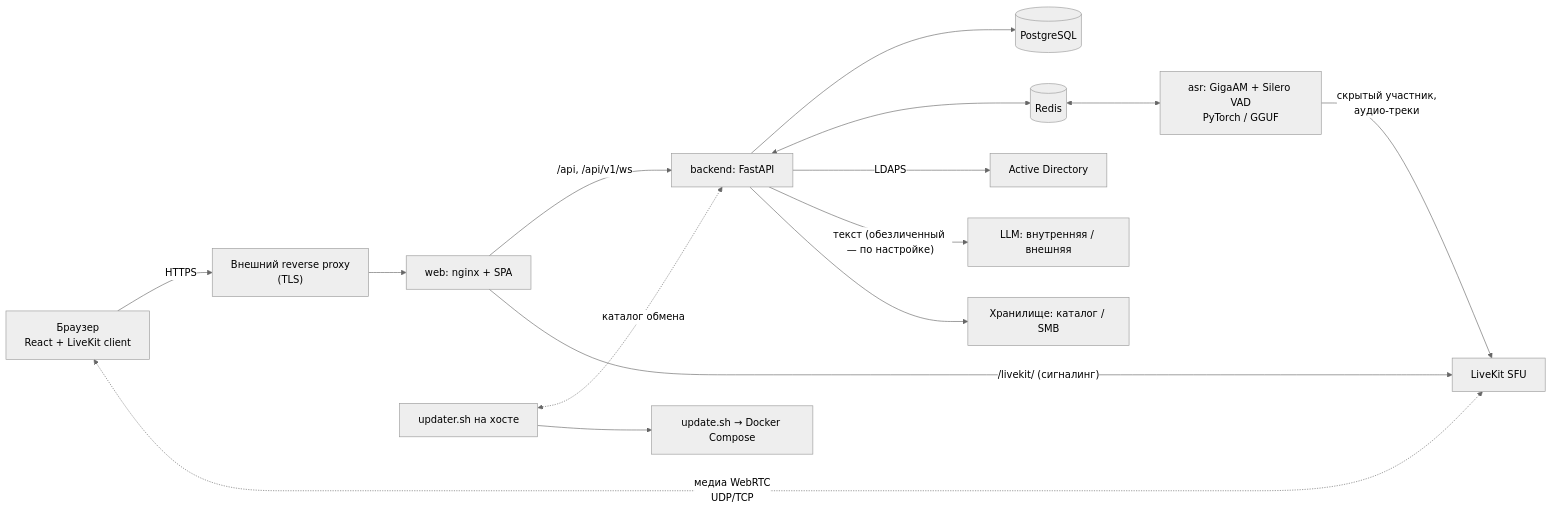
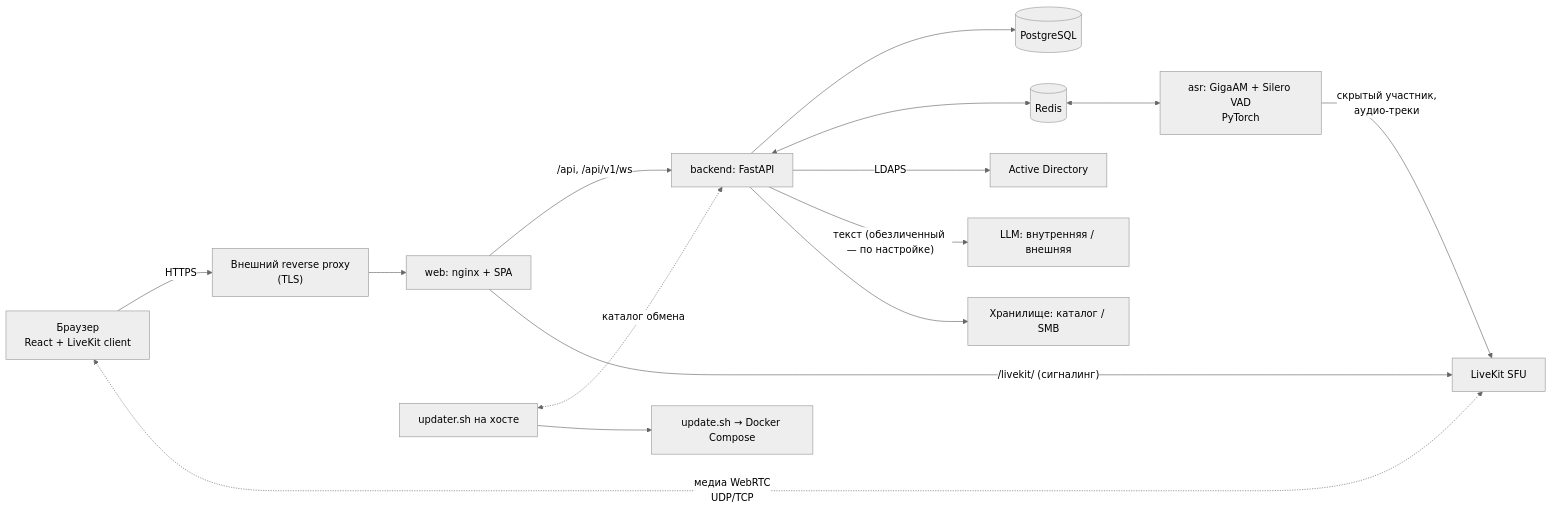
The diagram in docs/INTERNALS.md (calleograph/peregovorka), drawn with Mermaid (neutral theme) before and after one commit. The commit also changed other lines of this file and 98 other files, not shown here.

````diff
--- a/docs/INTERNALS.md
+++ b/docs/INTERNALS.md
@@ -127,17 +125,17 @@
 ```mermaid
 flowchart LR
   B["Браузер<br/>React + LiveKit client"] -- "HTTPS" --> P["Внешний reverse proxy<br/>(TLS)"]
   P --> W["web: nginx + SPA"]
   W -- "/api, /api/v1/ws" --> BE["backend: FastAPI"]
   W -- "/livekit/ (сигналинг)" --> LK["LiveKit SFU"]
   B <-. "медиа WebRTC<br/>UDP/TCP" .-> LK
   BE --> PG[("PostgreSQL")]
   BE <--> R[("Redis")]
   BE -- "LDAPS" --> AD["Active Directory"]
   BE -- "текст (обезличенный — по настройке)" --> LLM["LLM: внутренняя / внешняя"]
   BE --> ST["Хранилище: каталог / SMB"]
-  R <--> ASR["asr: GigaAM + Silero VAD<br/>PyTorch / GGUF"]
+  R <--> ASR["asr: GigaAM + Silero VAD<br/>PyTorch"]
   ASR -- "скрытый участник,<br/>аудио-треки" --> LK
   UP["updater.sh на хосте"] <-. "каталог обмена" .-> BE
   UP --> UPD["update.sh → Docker Compose"]
 ```
````
